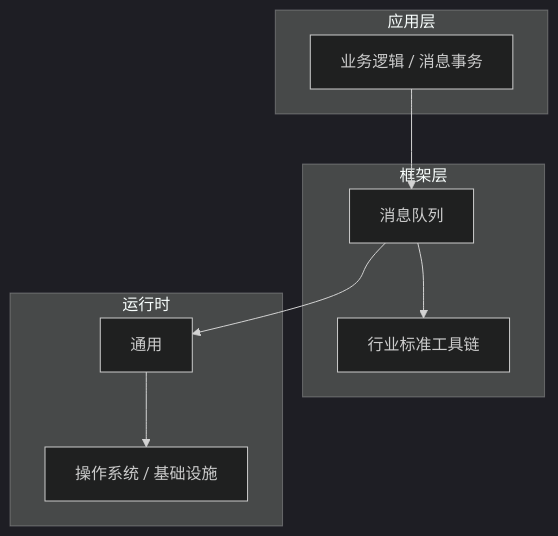
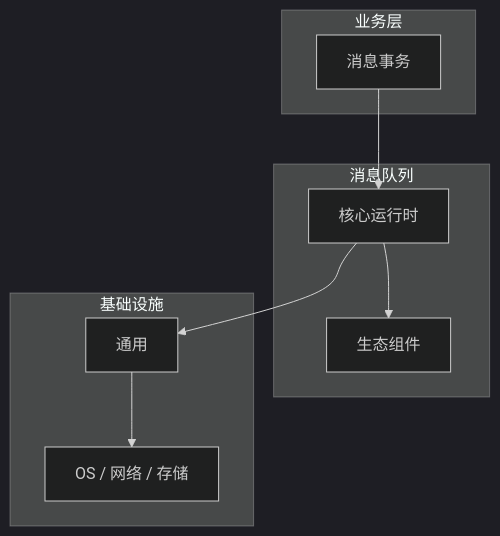
The diagram in articles/消息队列/chapters/071-消息事务核心概念与原理.md (yanggan2015/knowledge-json-v2), drawn with Mermaid (dark theme) before and after one commit. The commit also changed other lines of this file and 10127 other files, not shown here.

````diff
--- a/articles/消息队列/chapters/071-消息事务核心概念与原理.md
+++ b/articles/消息队列/chapters/071-消息事务核心概念与原理.md
@@ -45,18 +34,18 @@
 ```mermaid
 graph TB
-    subgraph 应用层
-        A[业务逻辑 / 消息事务]
+    subgraph 业务层
+        A[消息事务]
     end
-    subgraph 框架层
-        B[消息队列]
-        C[行业标准工具链]
+    subgraph 消息队列
+        B[核心运行时]
+        C[生态组件]
     end
-    subgraph 运行时
+    subgraph 基础设施
         D[通用]
-        E[操作系统 / 基础设施]
+        E[OS / 网络 / 存储]
     end
     A --> B
     B --> C
     B --> D
     D --> E
 ```
````
